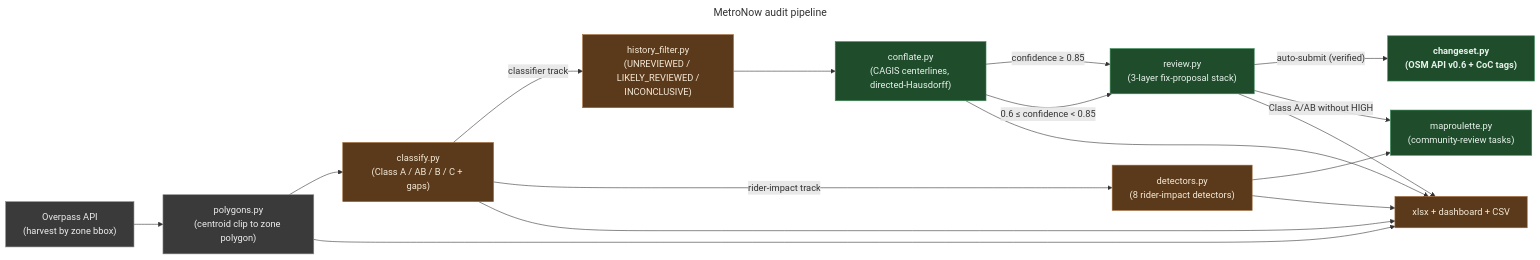
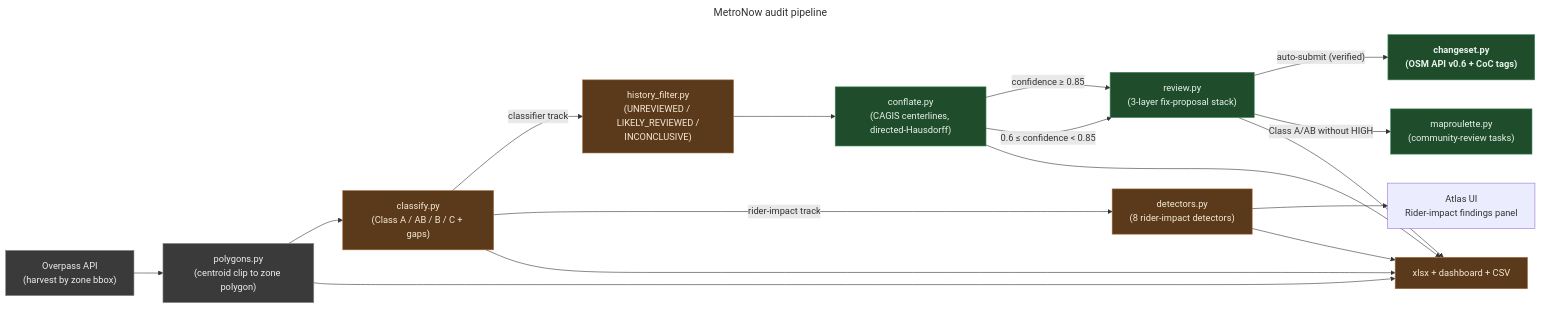
Before and after one commit to AICincy/MetroNow: the first of 5 diagrams in README.md, drawn with Mermaid. The commit also changed other lines of this file, not shown here.

````diff
--- a/README.md
+++ b/README.md
@@ -40,36 +40,37 @@
 ```mermaid
 ---
 title: MetroNow audit pipeline
 ---
 flowchart LR
     Overpass["Overpass API<br/>(harvest by zone bbox)"]
     Polygons["polygons.py<br/>(centroid clip to zone polygon)"]
     Classify["classify.py<br/>(Class A / AB / B / C + gaps)"]
     Detectors["detectors.py<br/>(8 rider-impact detectors)"]
     History["history_filter.py<br/>(UNREVIEWED / LIKELY_REVIEWED /<br/>INCONCLUSIVE)"]
     Conflate["conflate.py<br/>(CAGIS centerlines, directed-Hausdorff)"]
     Review["review.py<br/>(3-layer fix-proposal stack)"]
     Changeset["changeset.py<br/>(OSM API v0.6 + CoC tags)"]
     MapRoulette["maproulette.py<br/>(community-review tasks)"]
     Reports["xlsx + dashboard + CSV"]
 
     Overpass --> Polygons --> Classify
     Classify -- "classifier track" --> History
     History --> Conflate
     Conflate -- "confidence ≥ 0.85" --> Review
     Conflate -- "0.6 ≤ confidence < 0.85" --> Review
     Review -- "auto-submit (verified)" --> Changeset
     Review -- "Class A/AB without HIGH" --> MapRoulette
     Classify -- "rider-impact track" --> Detectors
-    Detectors --> MapRoulette
+    UI["Atlas UI<br/>Rider-impact findings panel"]
+    Detectors --> UI
     Polygons & Classify & Detectors & Conflate & Review --> Reports
 
     classDef harvest fill:#3a3a3a,stroke:#888,color:#eee
     classDef analyse fill:#5b3a1c,stroke:#a06632,color:#f5ead7
     classDef verify fill:#1f4d2b,stroke:#3b8c5a,color:#e8f3ec
     classDef submit fill:#1f4d2b,stroke:#3b8c5a,color:#e8f3ec,font-weight:bold
     class Overpass,Polygons harvest
     class Classify,Detectors,History,Reports analyse
     class Conflate,Review,MapRoulette verify
     class Changeset submit
 ```
````
